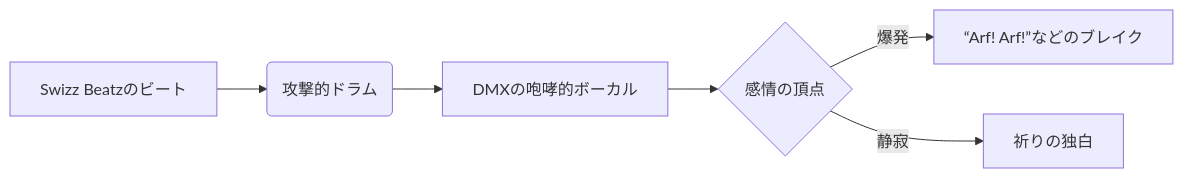
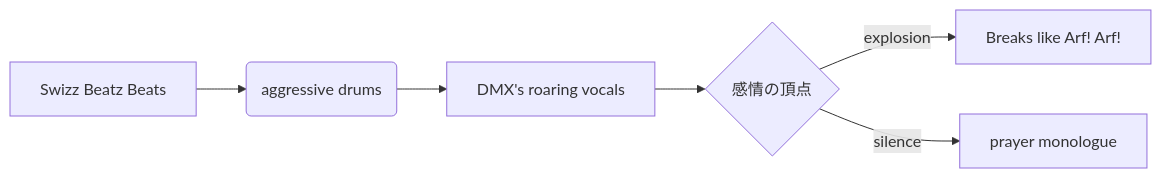
Before and after one commit to monumental-movement/monumental-movement.github.io: the third of 3 diagrams in en/_posts/2025-10-30-column-dmx.md, drawn with Mermaid. The commit also changed 152 other files, not shown here.

```diff
--- a/en/_posts/2025-10-30-column-dmx.md
+++ b/en/_posts/2025-10-30-column-dmx.md
@@ -236,10 +236,10 @@
 <div class="mermaid">
 
 graph LR
-A[Swizz Beatzのビート] --> B(攻撃的ドラム)
-B --> C[DMXの咆哮的ボーカル]
+A[Swizz Beatz Beats] --> B(aggressive drums)
+B --> C[DMX's roaring vocals]
 C --> D{感情の頂点}
-D -->|爆発| E["“Arf! Arf!”などのブレイク"]
-D -->|静寂| F[祈りの独白]
+D -->|explosion| E["Breaks like "Arf! Arf!""]
+D -->|silence| F[prayer monologue]
 
 </div>
```
